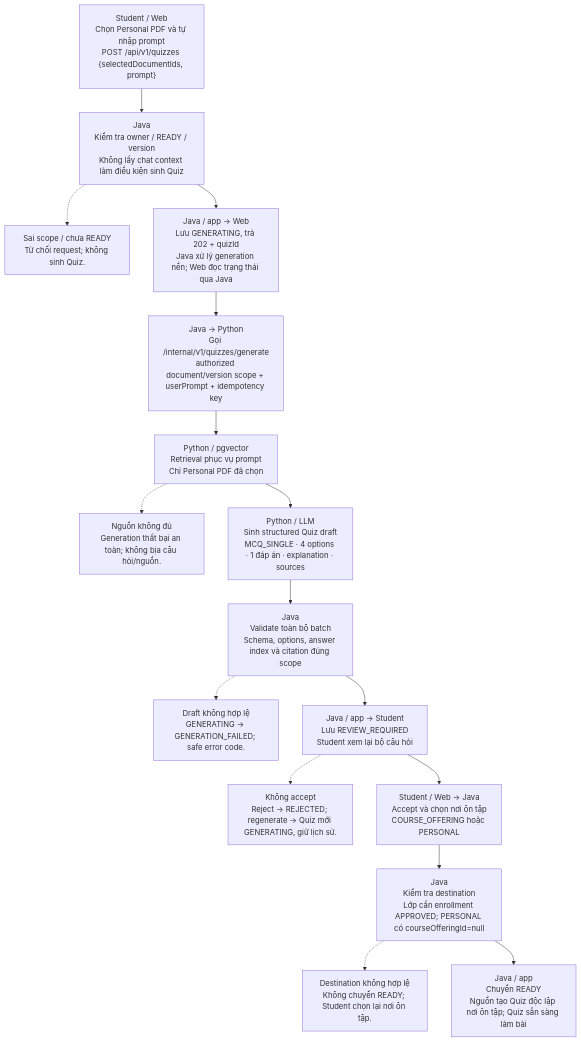
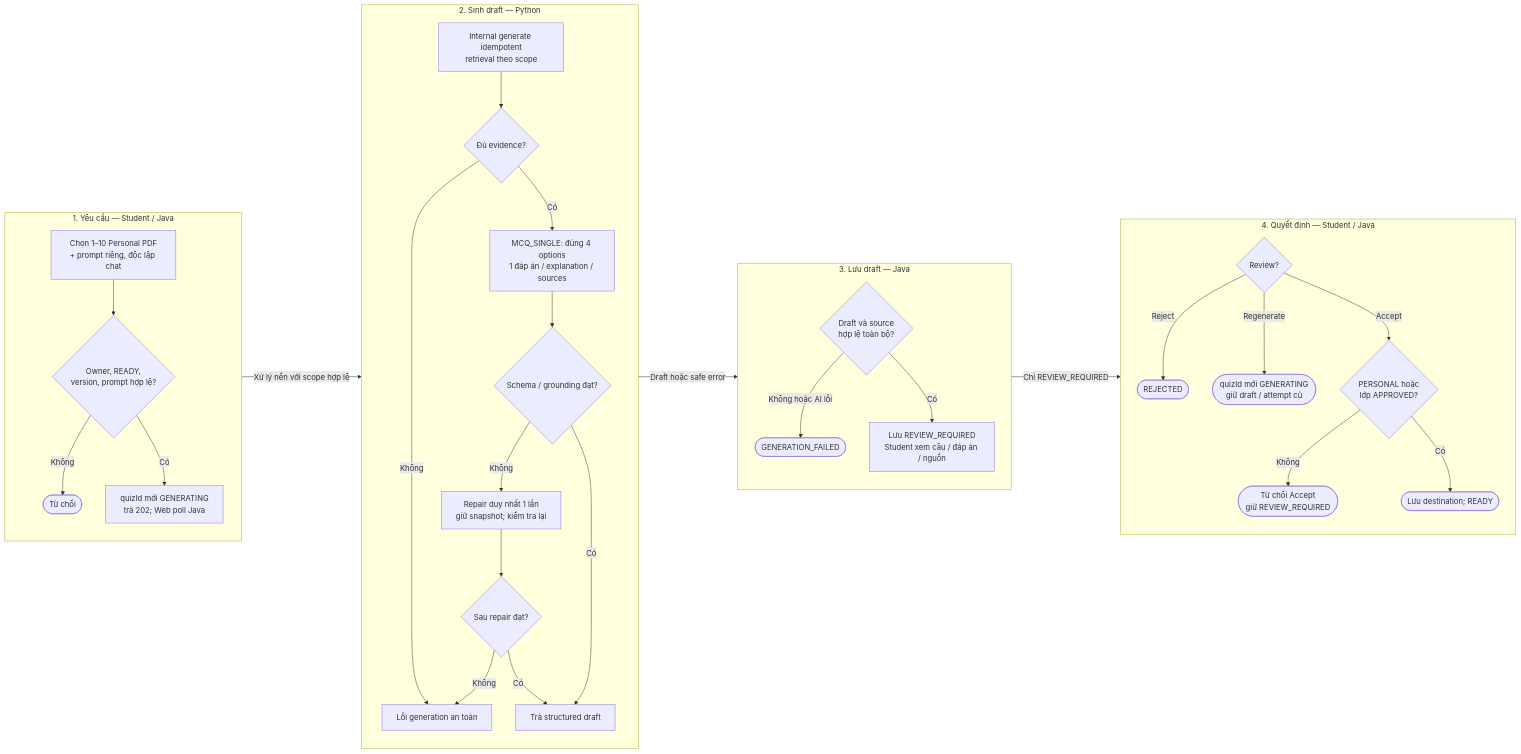
One commit to bch7504/DATN changed the diagram in docs/diagrams/chuong-3/05-quiz-generation.mmd. Above: the diagram before and after it, drawn with Mermaid. The commit also changed 48 other files, not shown here.

Commit message:
docs: restructure report ch2 (analysis phase) and ch3 (design phase), clean up diagrams

```diff
--- a/docs/diagrams/chuong-3/05-quiz-generation.mmd
+++ b/docs/diagrams/chuong-3/05-quiz-generation.mmd
@@ -1,27 +1,35 @@
-flowchart TD
-    N0["Student / Web<br/>Chọn Personal PDF và tự nhập prompt<br/>POST /api/v1/quizzes {selectedDocumentIds, prompt}"]
-    N1["Java<br/>Kiểm tra owner / READY / version<br/>Không lấy chat context làm điều kiện sinh Quiz"]
-    N0 --> N1
-    N1 -.-> S1["Sai scope / chưa READY<br/>Từ chối request; không sinh Quiz."]
-    N2["Java / app → Web<br/>Lưu GENERATING, trả 202 + quizId<br/>Java xử lý generation nền; Web đọc trạng thái qua Java"]
-    N1 --> N2
-    N3["Java → Python<br/>Gọi /internal/v1/quizzes/generate<br/>authorized document/version scope + userPrompt + idempotency key"]
-    N2 --> N3
-    N4["Python / pgvector<br/>Retrieval phục vụ prompt<br/>Chỉ Personal PDF đã chọn"]
-    N3 --> N4
-    N4 -.-> S4["Nguồn không đủ<br/>Generation thất bại an toàn; không bịa câu hỏi/nguồn."]
-    N5["Python / LLM<br/>Sinh structured Quiz draft<br/>MCQ_SINGLE · 4 options · 1 đáp án · explanation · sources"]
-    N4 --> N5
-    N6["Java<br/>Validate toàn bộ batch<br/>Schema, options, answer index và citation đúng scope"]
-    N5 --> N6
-    N6 -.-> S6["Draft không hợp lệ<br/>GENERATING → GENERATION_FAILED; safe error code."]
-    N7["Java / app → Student<br/>Lưu REVIEW_REQUIRED<br/>Student xem lại bộ câu hỏi"]
-    N6 --> N7
-    N7 -.-> S7["Không accept<br/>Reject → REJECTED; regenerate → Quiz mới GENERATING, giữ lịch sử."]
-    N8["Student / Web → Java<br/>Accept và chọn nơi ôn tập<br/>COURSE_OFFERING hoặc PERSONAL"]
-    N7 --> N8
-    N9["Java<br/>Kiểm tra destination<br/>Lớp cần enrollment APPROVED; PERSONAL có courseOfferingId=null"]
-    N8 --> N9
-    N9 -.-> S9["Destination không hợp lệ<br/>Không chuyển READY; Student chọn lại nơi ôn tập."]
-    N10["Java / app<br/>Chuyển READY<br/>Nguồn tạo Quiz độc lập nơi ôn tập; Quiz sẵn sàng làm bài"]
-    N9 --> N10
+flowchart LR
+  subgraph REQ["1. Yêu cầu — Student / Java"]
+    direction TB
+    A["Chọn 1–10 Personal PDF<br/>+ prompt riêng, độc lập chat"] --> B{"Owner, READY,<br/>version, prompt hợp lệ?"}
+    B -->|Không| X(["Từ chối"])
+    B -->|Có| C["quizId mới GENERATING<br/>trả 202; Web poll Java"]
+  end
+  subgraph GEN["2. Sinh draft — Python"]
+    direction TB
+    D["Internal generate idempotent<br/>retrieval theo scope"] --> E{"Đủ evidence?"}
+    E -->|Không| FAIL["Lỗi generation an toàn"]
+    E -->|Có| F["MCQ_SINGLE: đúng 4 options<br/>1 đáp án / explanation / sources"]
+    F --> G{"Schema / grounding đạt?"}
+    G -->|Không| H["Repair duy nhất 1 lần<br/>giữ snapshot; kiểm tra lại"]
+    H --> I{"Sau repair đạt?"}
+    I -->|Không| FAIL
+    I -->|Có| OK["Trả structured draft"]
+    G -->|Có| OK
+  end
+  subgraph VAL["3. Lưu draft — Java"]
+    direction TB
+    J{"Draft và source<br/>hợp lệ toàn bộ?"} -->|Không hoặc AI lỗi| GF(["GENERATION_FAILED"])
+    J -->|Có| K["Lưu REVIEW_REQUIRED<br/>Student xem câu / đáp án / nguồn"]
+  end
+  subgraph REV["4. Quyết định — Student / Java"]
+    direction TB
+    L{"Review?"} -->|Reject| RJ(["REJECTED"])
+    L -->|Regenerate| NEW(["quizId mới GENERATING<br/>giữ draft / attempt cũ"])
+    L -->|Accept| M{"PERSONAL hoặc<br/>lớp APPROVED?"}
+    M -->|Không| KEEP(["Từ chối Accept<br/>giữ REVIEW_REQUIRED"])
+    M -->|Có| READY(["Lưu destination; READY"])
+  end
+  REQ -->|Xử lý nền với scope hợp lệ| GEN
+  GEN -->|Draft hoặc safe error| VAL
+  VAL -->|Chỉ REVIEW_REQUIRED| REV
```
